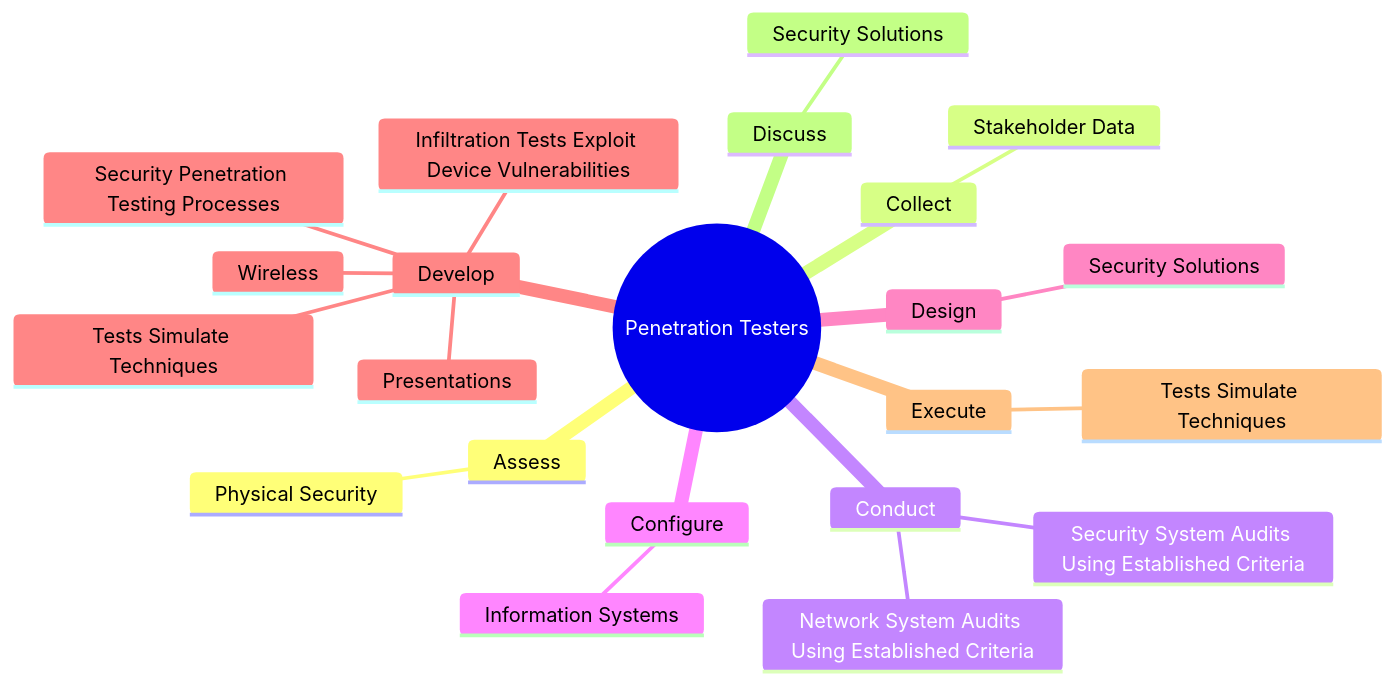
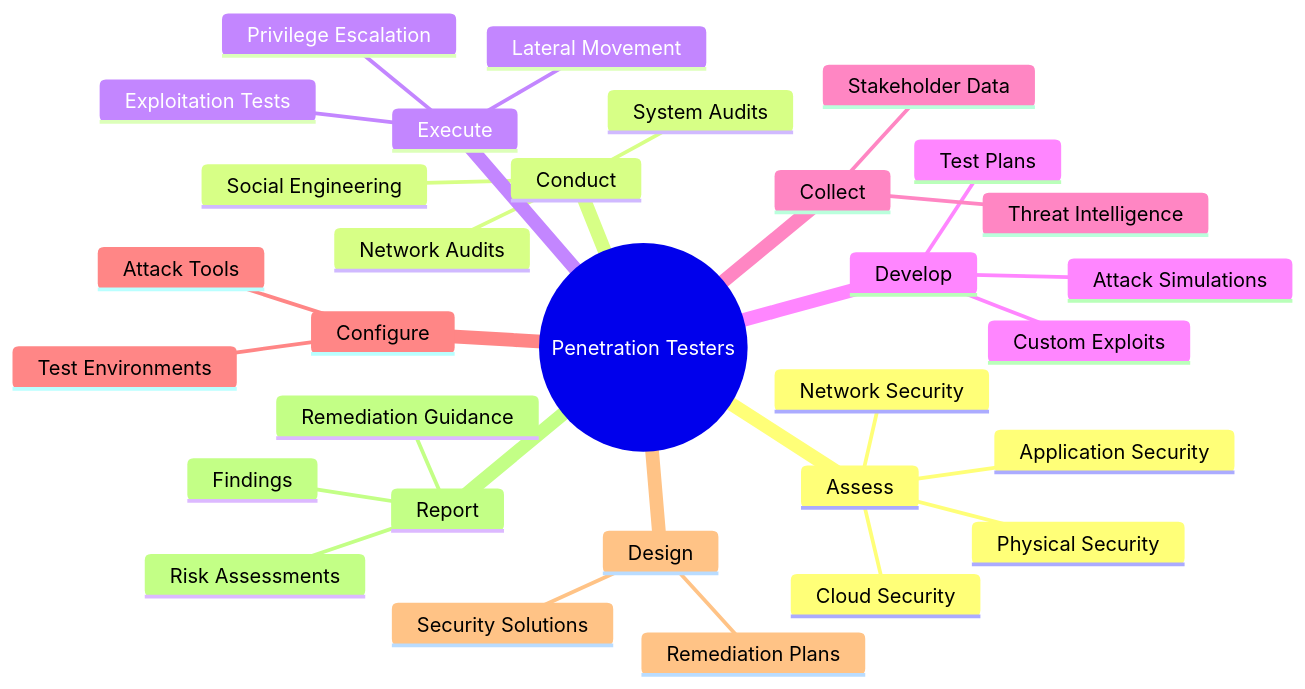
The second of 4 diagrams in occupations/Technology/PenetrationTesters.mdx (kziemski/business.org.ai), drawn with Mermaid before and after one commit. The commit also changed other lines of this file and 938 other files, not shown here.

````diff
--- a/occupations/Technology/PenetrationTesters.mdx
+++ b/occupations/Technology/PenetrationTesters.mdx
@@ -38,25 +46,34 @@
 ```mermaid
 mindmap
     root(("Penetration Testers"))
         Assess
             Physical Security
+            Network Security
+            Application Security
+            Cloud Security
+        Conduct
+            Network Audits
+            System Audits
+            Social Engineering
+        Execute
+            Exploitation Tests
+            Privilege Escalation
+            Lateral Movement
+        Develop
+            Attack Simulations
+            Custom Exploits
+            Test Plans
         Collect
             Stakeholder Data
-        Conduct
-            Network System Audits Using Established Criteria
-            Security System Audits Using Established Criteria
+            Threat Intelligence
         Configure
-            Information Systems
+            Test Environments
+            Attack Tools
         Design
             Security Solutions
-        Develop
-            Tests Simulate Techniques
-            Infiltration Tests Exploit Device Vulnerabilities
-            Presentations
-            Security Penetration Testing Processes
-            Wireless
-        Execute
-            Tests Simulate Techniques
-        Discuss
-            Security Solutions
+            Remediation Plans
+        Report
+            Findings
+            Risk Assessments
+            Remediation Guidance
 ```
````
